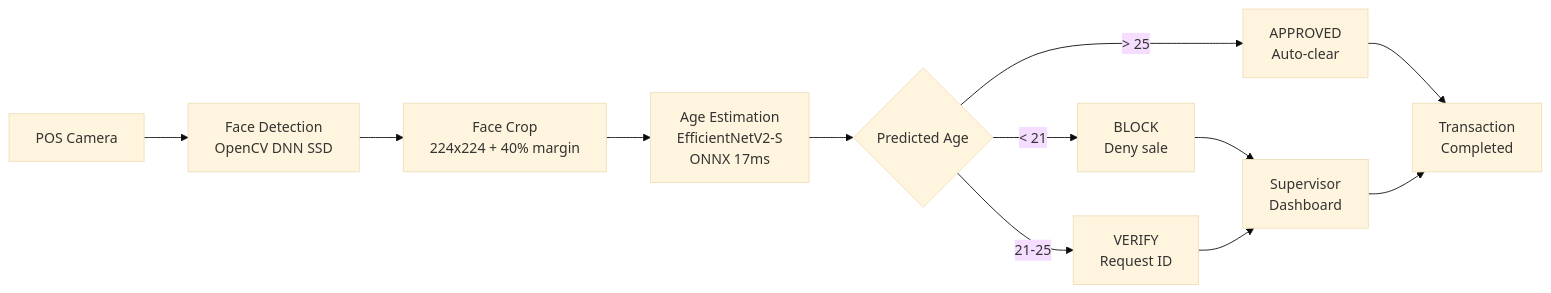
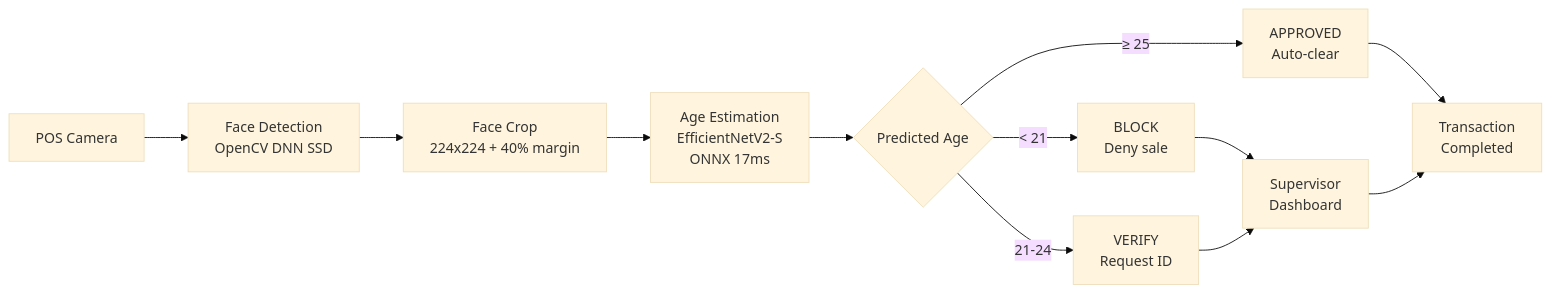
Before and after one commit to marianunez-data/AgeGuard-AI: the diagram in README.md, drawn with Mermaid (base theme). The commit also changed other lines of this file and 6 other files, not shown here.

Commit message:
refactor: unify alert level naming to BLOCK/VERIFY/APPROVED across services

````diff
--- a/README.md
+++ b/README.md
@@ -16,14 +16,14 @@
 ```mermaid
 flowchart LR
     A[POS Camera] --> B[Face Detection\nOpenCV DNN SSD]
     B --> C[Face Crop\n224x224 + 40% margin]
     C --> D[Age Estimation\nEfficientNetV2-S\nONNX 17ms]
     D --> E{Predicted Age}
-    E -->|< 21| F[BLOCK\nDeny sale]
-    E -->|21-25| G[VERIFY\nRequest ID]
-    E -->|> 25| H[APPROVED\nAuto-clear]
+    E -->|"&lt; 21"| F[BLOCK\nDeny sale]
+    E -->|"21-24"| G[VERIFY\nRequest ID]
+    E -->|"&ge; 25"| H[APPROVED\nAuto-clear]
     F --> I[Supervisor\nDashboard]
     G --> I
     H --> J[Transaction\nCompleted]
     I --> J
 ```
````
